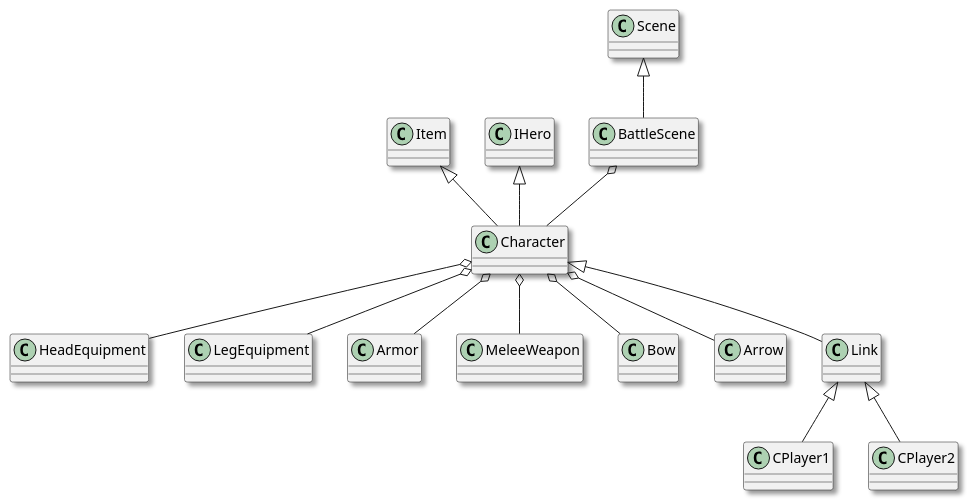
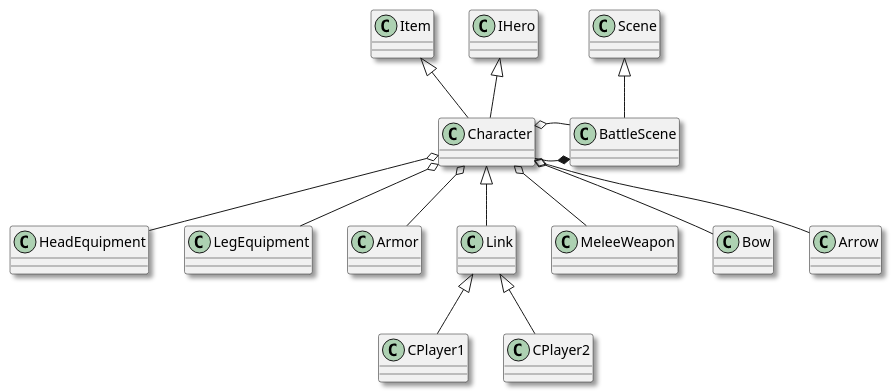
The diagram in doc/char_class.pu (tingyunaiai9/The-Journey-of-Wizard), drawn with PlantUML before and after one commit. The commit also changed 2 other files, not shown here.

Commit message:
modify character class picture and add it in readme

```diff
--- a/doc/char_class.pu
+++ b/doc/char_class.pu
@@ -1,30 +1,31 @@
 @startuml
 
 skinparam shadowing true
 
 
 Item <|-- Character
 IHero <|-- Character
 
 Scene <|-- BattleScene
-BattleScene o-- Character
+BattleScene *-left- Character
+Character o-- BattleScene
 
 Character o-- HeadEquipment
 Character o-- LegEquipment
 Character o-- Armor
+
+Character <|-down- Link
+Link <|-- CPlayer1
+Link <|-- CPlayer2
 
 Character o-- MeleeWeapon
 Character o-- Bow
 Character o-- Arrow
 
 ' Weapon <|-- MeleeWeapon
 ' Weapon <|-- RangedWeapon
 
 ' RangedWeapon <|-- Bow
 ' RangedWeapon <|-- Arrow
 
-Character <|-- Link
-Link <|-- CPlayer1
-Link <|-- CPlayer2
-
 @enduml
```
